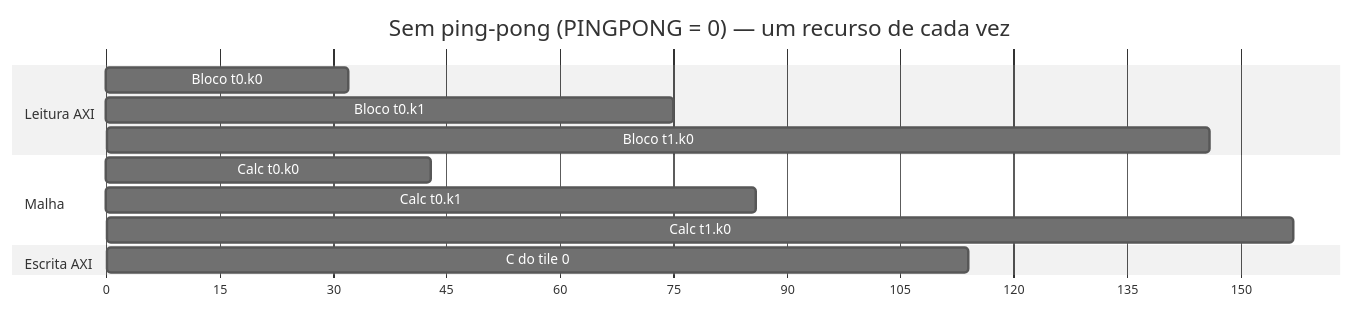
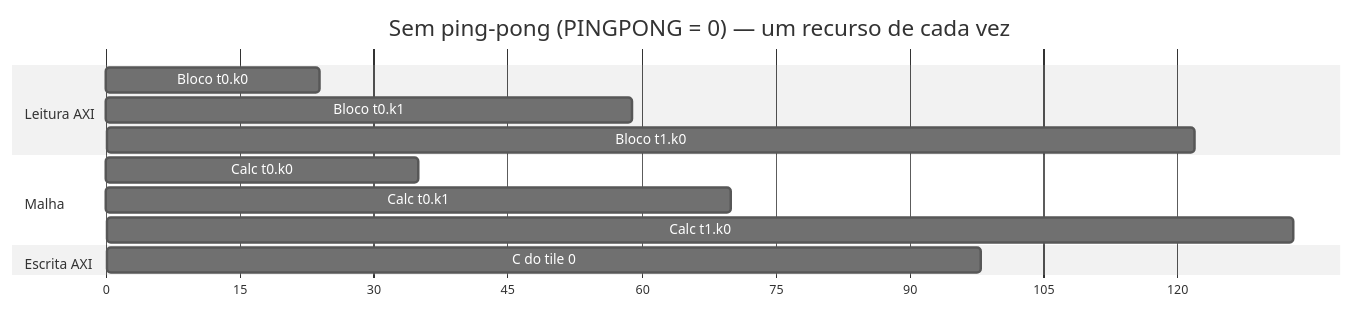
One commit to jairsdev/rv32-dma changed the first of 5 diagrams in docs/dma_mas.md. Above: the diagram before and after it, drawn with Mermaid (neutral theme). The commit also changed other lines of this file and 7 other files, not shown here.

````diff
--- a/docs/dma_mas.md
+++ b/docs/dma_mas.md
@@ -418,16 +421,16 @@
 ```mermaid
 gantt
     title Sem ping-pong (PINGPONG = 0) — um recurso de cada vez
     dateFormat X
     axisFormat %s
     section Leitura AXI
-    Bloco t0.k0  :0, 32
-    Bloco t0.k1  :43, 75
-    Bloco t1.k0  :114, 146
+    Bloco t0.k0  :0, 24
+    Bloco t0.k1  :35, 59
+    Bloco t1.k0  :98, 122
     section Malha
-    Calc t0.k0   :32, 43
-    Calc t0.k1   :75, 86
-    Calc t1.k0   :146, 157
+    Calc t0.k0   :24, 35
+    Calc t0.k1   :59, 70
+    Calc t1.k0   :122, 133
     section Escrita AXI
-    C do tile 0  :86, 114
+    C do tile 0  :70, 98
 ```
````
